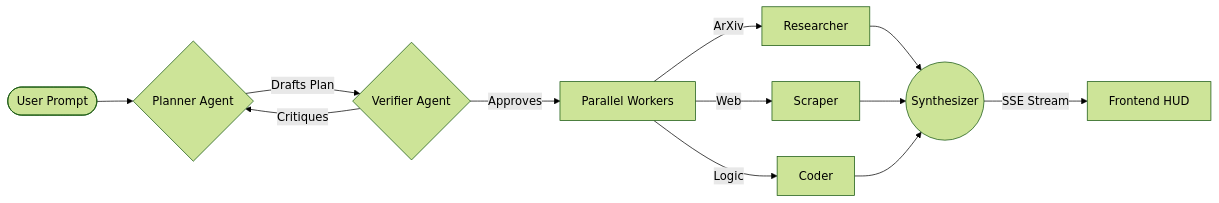
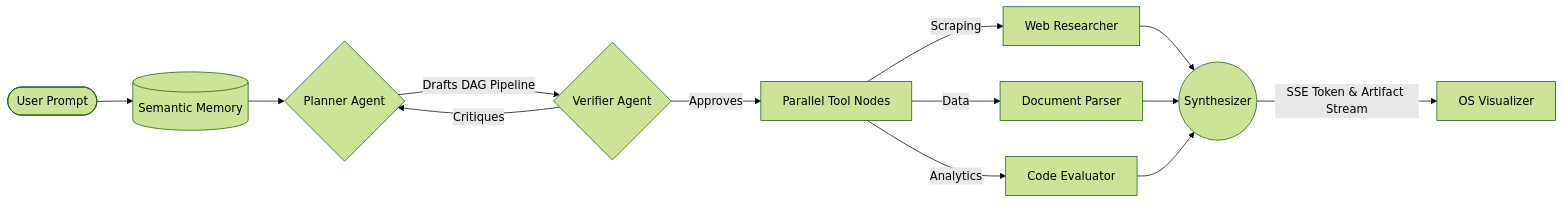
The diagram in README.md (satvik2106/DualMind-ai), drawn with Mermaid (forest theme) before and after one commit. The commit also changed other lines of this file, not shown here.

````diff
--- a/README.md
+++ b/README.md
@@ -63,14 +80,15 @@
 ```mermaid
 graph LR
-    User([User Prompt]) --> Planner{Planner Agent}
-    Planner -->|Drafts Plan| Verifier{Verifier Agent}
+    User([User Prompt]) --> Memory[(Semantic Memory)]
+    Memory --> Planner{Planner Agent}
+    Planner -->|Drafts DAG Pipeline| Verifier{Verifier Agent}
     Verifier -->|Critiques| Planner
-    Verifier -->|Approves| Workers[Parallel Workers]
-    Workers -->|ArXiv| W1[Researcher]
-    Workers -->|Web| W2[Scraper]
-    Workers -->|Logic| W3[Coder]
+    Verifier -->|Approves| Workers[Parallel Tool Nodes]
+    Workers -->|Scraping| W1[Web Researcher]
+    Workers -->|Data| W2[Document Parser]
+    Workers -->|Analytics| W3[Code Evaluator]
     W1 --> Synthesizer((Synthesizer))
     W2 --> Synthesizer
     W3 --> Synthesizer
-    Synthesizer -->|SSE Stream| UI[Frontend HUD]
+    Synthesizer -->|SSE Token & Artifact Stream| Workspace[OS Visualizer]
 ```
````
